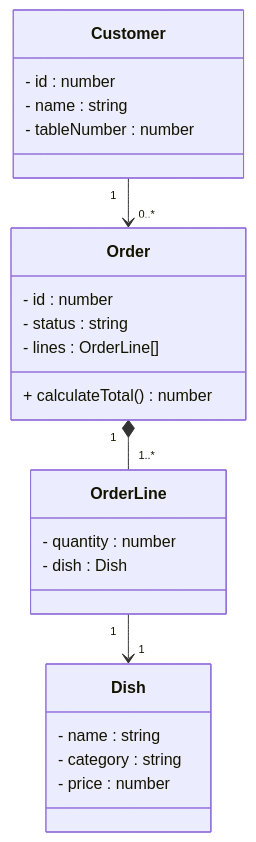
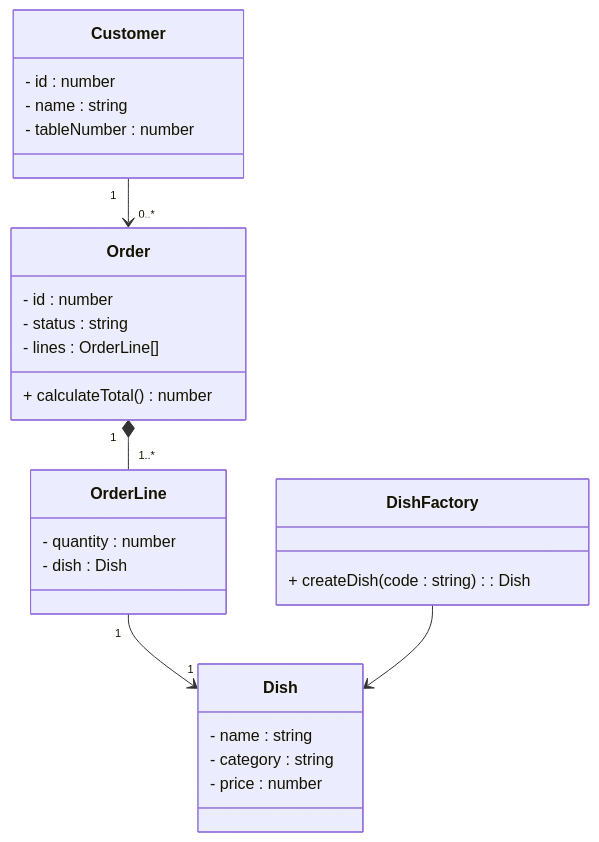
One commit to Marjo14/Exo-marre changed the diagram in Commande-Restaurant/commande-restaurant.md. Above: the diagram before and after it, drawn with Mermaid.

Commit message:
Add factory design pattern with DishFactory class

````diff
--- a/Commande-Restaurant/commande-restaurant.md
+++ b/Commande-Restaurant/commande-restaurant.md
@@ -10,28 +10,34 @@
  ```mermaid
 classDiagram
 class Order {
   - id : number
   - status : string
   - lines : OrderLine[]
   + calculateTotal() number
 }
 class OrderLine {
   - quantity : number
   - dish : Dish
 }
 class Dish {
   - name : string
   - category : string
   - price : number
 }
 class Customer {
   - id : number
   - name : string
   - tableNumber : number
 }
 
+class DishFactory {
+  + createDish(code : string) : Dish
+}
+
 Customer "1" --> "0..*" Order
 Order "1" *-- "1..*" OrderLine
 OrderLine "1" --> "1" Dish
+DishFactory --> Dish
+
 
 ```
````
